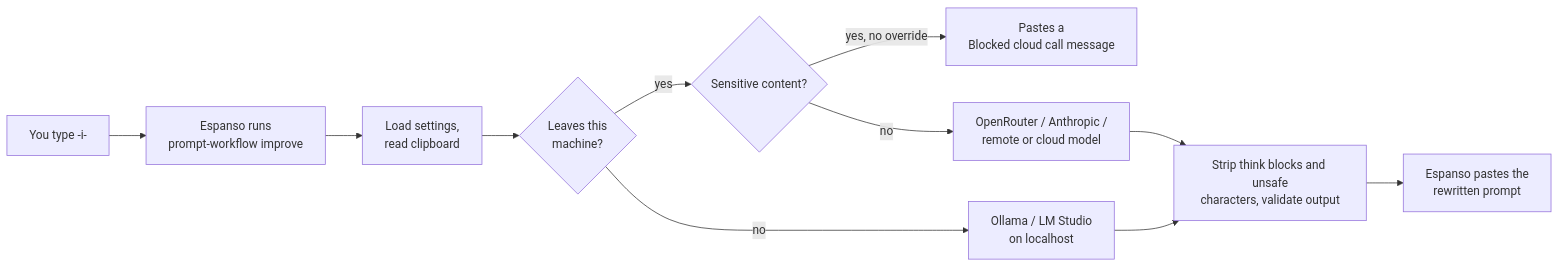
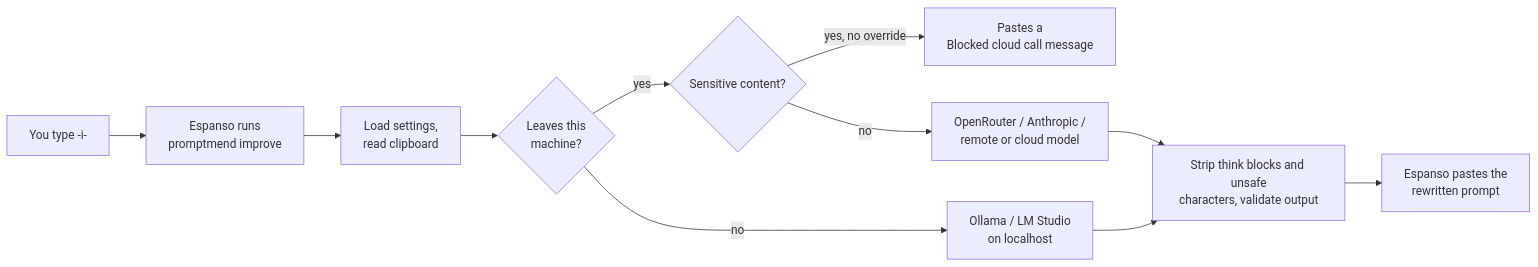
Before and after one commit to vlastimilbures/espanso-prompt-rewriter: the diagram in README.md, drawn with Mermaid. The commit also changed other lines of this file and 115 other files, not shown here.

````diff
--- a/README.md
+++ b/README.md
@@ -125,13 +125,13 @@
 ```mermaid
 flowchart LR
-    A["You type -i-"] --> B["Espanso runs<br/>prompt-workflow improve"]
+    A["You type -i-"] --> B["Espanso runs<br/>promptmend improve"]
     B --> C["Load settings,<br/>read clipboard"]
     C --> D{"Leaves this<br/>machine?"}
     D -- yes --> E{"Sensitive content?"}
     E -- "yes, no override" --> X["Pastes a<br/>Blocked cloud call message"]
     E -- no --> F["OpenRouter / Anthropic /<br/>remote or cloud model"]
     D -- no --> G["Ollama / LM Studio<br/>on localhost"]
     F --> H["Strip think blocks and unsafe<br/>characters, validate output"]
     G --> H
     H --> I["Espanso pastes the<br/>rewritten prompt"]
 ```
````
